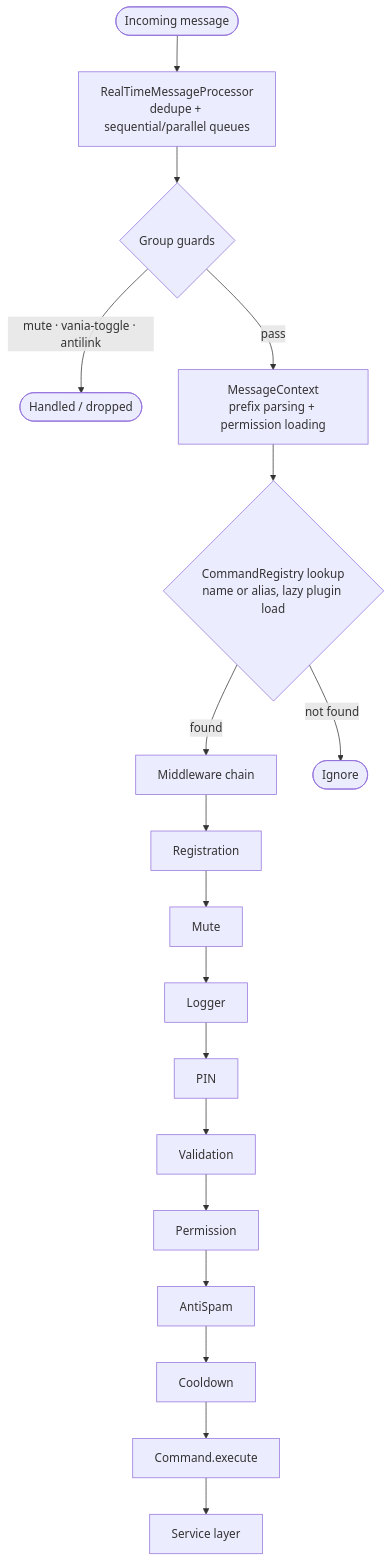
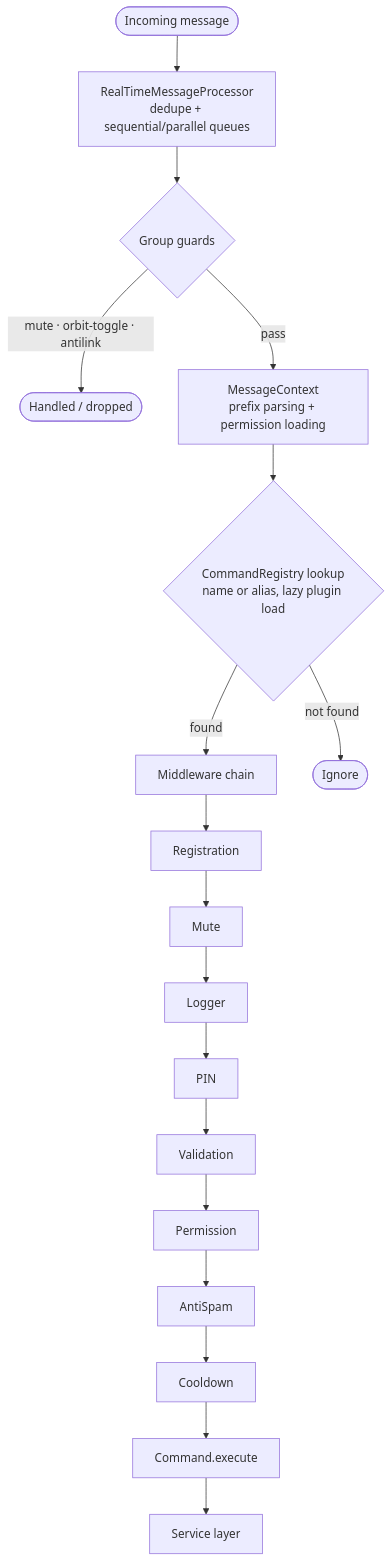
The first of 4 diagrams in README.md (carlosgarcia-tech/VaniaBot), drawn with Mermaid before and after one commit. The commit also changed other lines of this file and 481 other files, not shown here.

First line of the commit message:
refactor: rename VaniaBot to OrbitBot and translate tooling to English

````diff
--- a/README.md
+++ b/README.md
@@ -33,13 +33,13 @@
 ```mermaid
 flowchart TD
     MSG([Incoming message]) --> RT[RealTimeMessageProcessor<br/>dedupe + sequential/parallel queues]
     RT --> G{Group guards}
-    G -->|mute · vania-toggle · antilink| STOP([Handled / dropped])
+    G -->|mute · orbit-toggle · antilink| STOP([Handled / dropped])
     G -->|pass| CTX[MessageContext<br/>prefix parsing + permission loading]
     CTX --> CR{CommandRegistry lookup<br/>name or alias, lazy plugin load}
     CR -->|found| MW[Middleware chain]
     CR -->|not found| IGN([Ignore])
     MW --> M1[Registration] --> M2[Mute] --> M3[Logger] --> M4[PIN] --> M5[Validation] --> M6[Permission] --> M7[AntiSpam] --> M8[Cooldown]
     M8 --> CMD[Command.execute]
     CMD --> SVC[Service layer]
 ```
````
